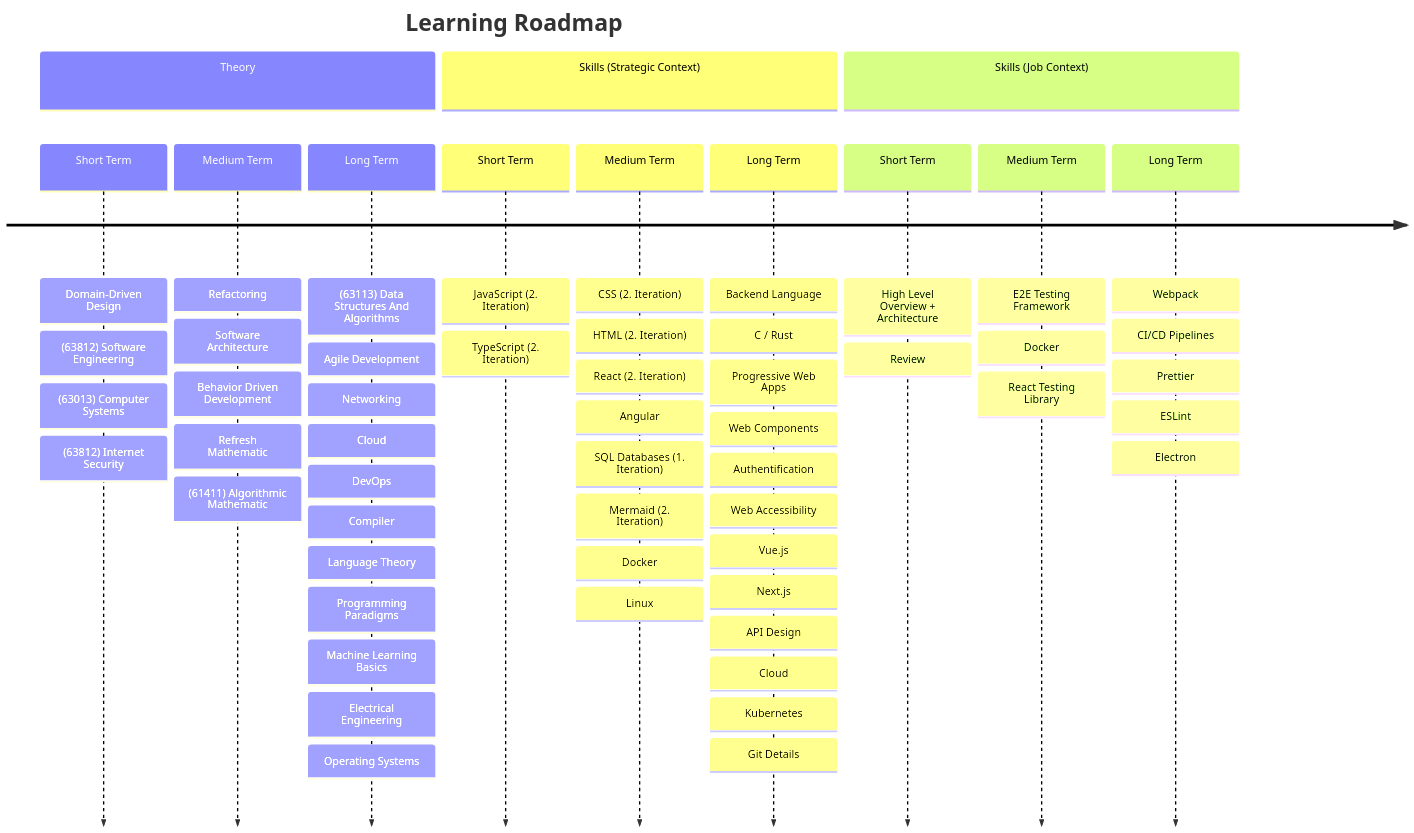
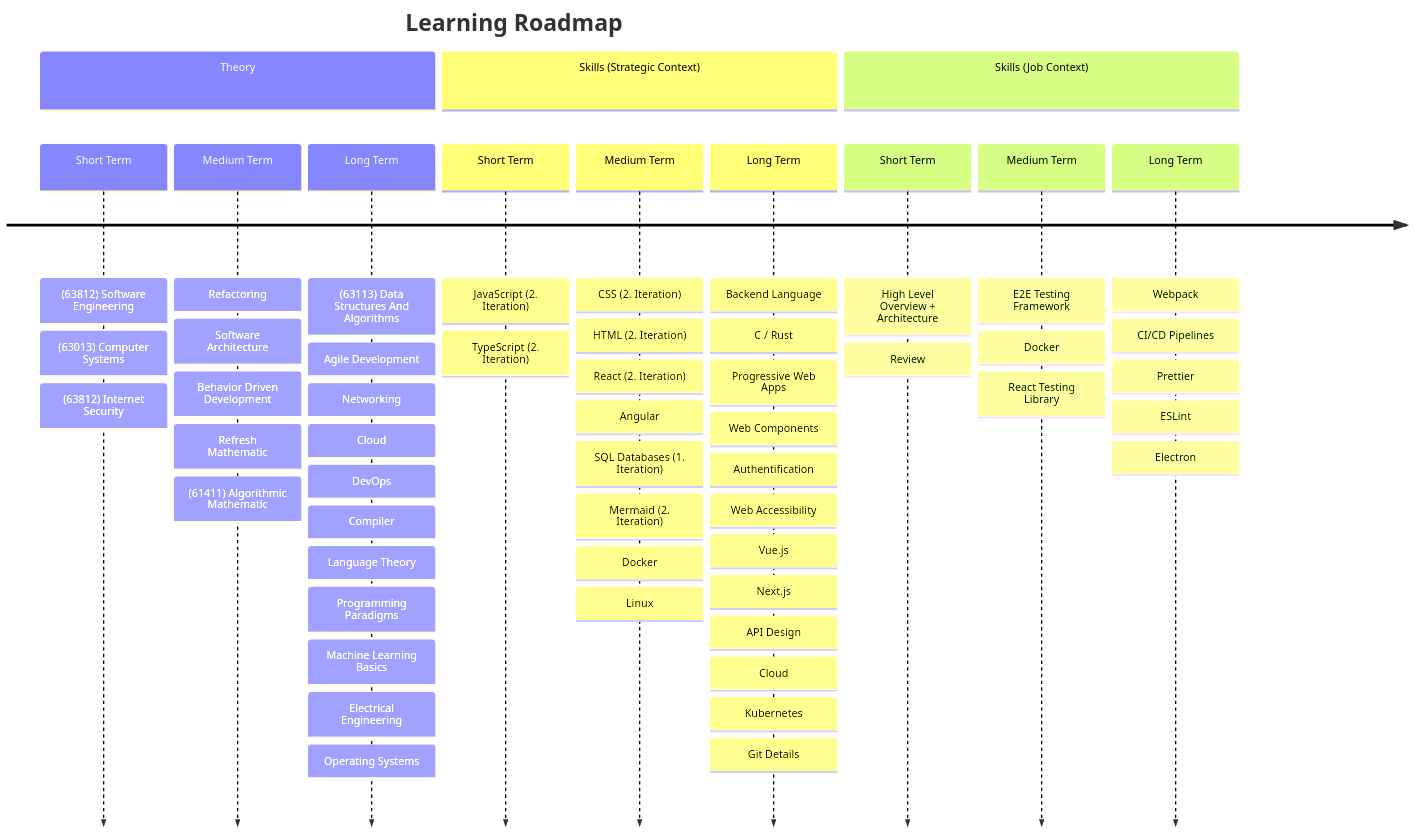
One commit to lcov29/knowledgeBase changed the second of 2 diagrams in README.md. Above: the diagram before and after it, drawn with Mermaid.

Commit message:
remove short term topic "Domain-Driven Design"

````diff
--- a/README.md
+++ b/README.md
@@ -91,59 +91,58 @@
 ```mermaid
 timeline
    title Learning Roadmap
    section Theory
-      Short Term: Domain-Driven Design 
-                : (63812) Software Engineering
+      Short Term: (63812) Software Engineering
                 : (63013) Computer Systems
                 : (63812) Internet Security
       Medium Term: Refactoring
                  : Software Architecture
                  : Behavior Driven Development
                  : Refresh Mathematic
                  : (61411) Algorithmic Mathematic
       Long Term: (63113) Data Structures And Algorithms
                : Agile Development
                : Networking
                : Cloud
                : DevOps
                : Compiler
                : Language Theory
                : Programming Paradigms
                : Machine Learning Basics
                : Electrical Engineering
                : Operating Systems
    section Skills (Strategic Context)
       Short Term: JavaScript (2. Iteration)
                 : TypeScript (2. Iteration)
       Medium Term: CSS (2. Iteration)
                  : HTML (2. Iteration)
                  : React (2. Iteration)
                  : Angular
                  : SQL Databases (1. Iteration)
                  : Mermaid (2. Iteration)
                  : Docker
                  : Linux
       Long Term: Backend Language
                : C / Rust
                : Progressive Web Apps
                : Web Components
                : Authentification
                : Web Accessibility
                : Vue.js
                : Next.js
                : API Design
                : Cloud
                : Kubernetes
                : Git Details
    section Skills (Job Context)
       Short Term: High Level Overview + Architecture
                 : Review
       Medium Term: E2E Testing Framework
                  : Docker
                  : React Testing Library
       Long Term: Webpack
                : CI/CD Pipelines
                : Prettier
                : ESLint
                : Electron
 ```
````
